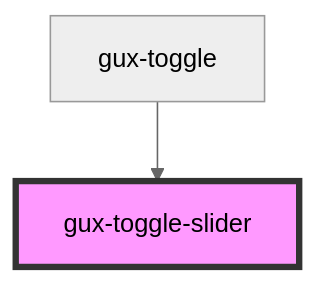
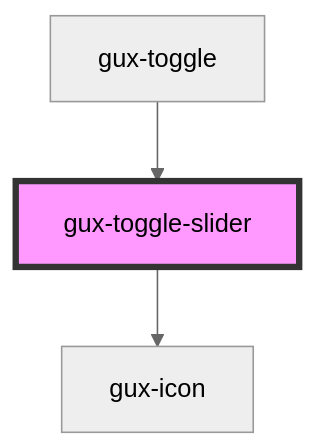
The diagram in src/components/stable/gux-toggle/gux-toggle-slider/readme.md (MyPureCloud/genesys-spark), drawn with Mermaid (neutral theme) before and after one commit. The commit also changed other lines of this file and 19 other files, not shown here.

````diff
--- a/src/components/stable/gux-toggle/gux-toggle-slider/readme.md
+++ b/src/components/stable/gux-toggle/gux-toggle-slider/readme.md
@@ -20,5 +25,6 @@
 ```mermaid
 graph TD;
+  gux-toggle-slider --> gux-icon
   gux-toggle --> gux-toggle-slider
   style gux-toggle-slider fill:#f9f,stroke:#333,stroke-width:4px
 ```
````
